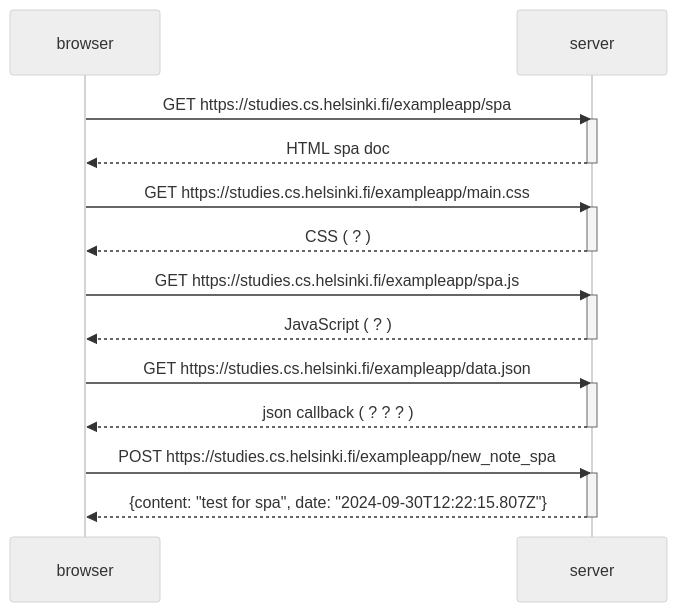
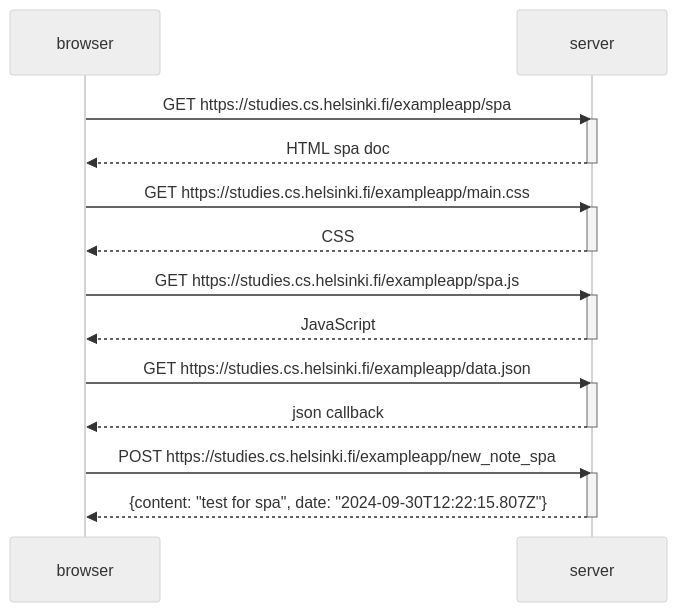
Before and after one commit to PiwkoM/FullStackOpen_Piwko4TC: the diagram in part0/0.6.md, drawn with Mermaid (neutral theme).

````diff
--- a/part0/0.6.md
+++ b/part0/0.6.md
@@ -1,32 +1,32 @@
 ```mermaid
 
 sequenceDiagram
     participant browser
     participant server
 
     browser->>server: GET https://studies.cs.helsinki.fi/exampleapp/spa
     activate server
     server-->>browser: HTML spa doc
     deactivate server
 
     browser->>server: GET https://studies.cs.helsinki.fi/exampleapp/main.css
     activate server
-    server-->>browser: CSS ( ? )
+    server-->>browser: CSS
     deactivate server
 
     browser->>server: GET https://studies.cs.helsinki.fi/exampleapp/spa.js
     activate server
-    server-->>browser: JavaScript ( ? )
+    server-->>browser: JavaScript 
     deactivate server
 
     browser->>server: GET https://studies.cs.helsinki.fi/exampleapp/data.json
     activate server
-    server-->>browser: json callback ( ? ? ? )
+    server-->>browser: json callback 
     deactivate server
 
     browser->>server: POST https://studies.cs.helsinki.fi/exampleapp/new_note_spa
     activate server
     server-->>browser: {content: "test for spa", date: "2024-09-30T12:22:15.807Z"}
     deactivate server
     
 ```
````
